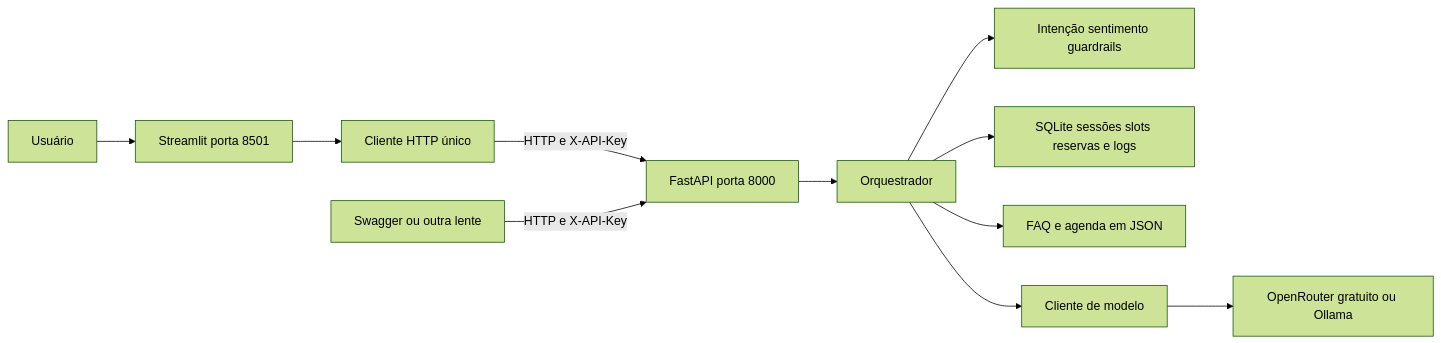
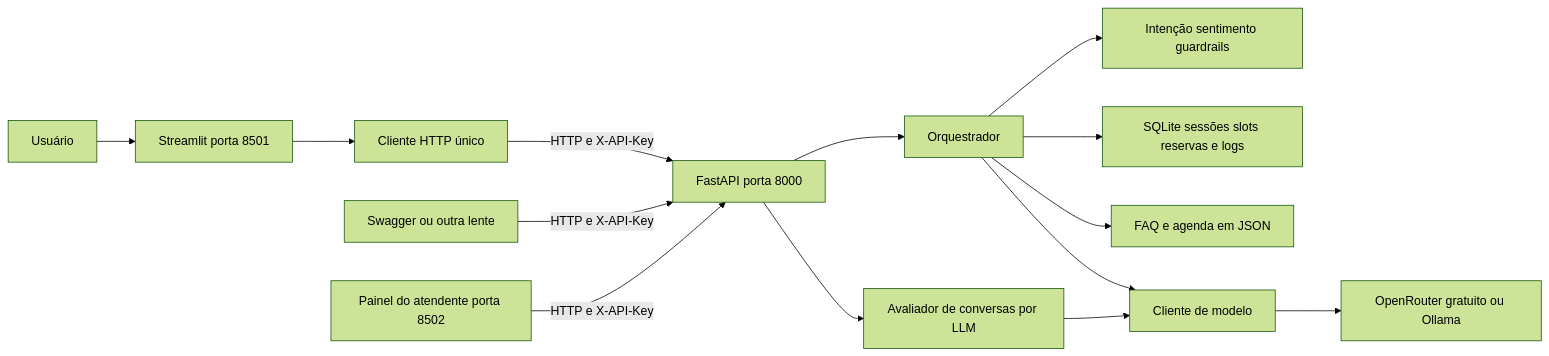
Before and after one commit to betitanx/CP2-PLN-FrontEnd: the diagram in README.md, drawn with Mermaid (forest theme). The commit also changed other lines of this file and 25 other files, not shown here.

Commit message:
feat: adicionar CSAT por resultado, segunda lente e avaliador LLM

````diff
--- a/README.md
+++ b/README.md
@@ -21,13 +21,16 @@
 ```mermaid
 flowchart LR
     U[Usuário] --> F[Streamlit porta 8501]
     F --> C[Cliente HTTP único]
     C -->|HTTP e X-API-Key| A[FastAPI porta 8000]
     D[Swagger ou outra lente] -->|HTTP e X-API-Key| A
+    H[Painel do atendente porta 8502] -->|HTTP e X-API-Key| A
     A --> O[Orquestrador]
     O --> N[Intenção sentimento guardrails]
     O --> S[SQLite sessões slots reservas e logs]
     O --> Q[FAQ e agenda em JSON]
     O --> L[Cliente de modelo]
+    A --> J[Avaliador de conversas por LLM]
+    J --> L
     L --> M[OpenRouter gratuito ou Ollama]
 ```
````
